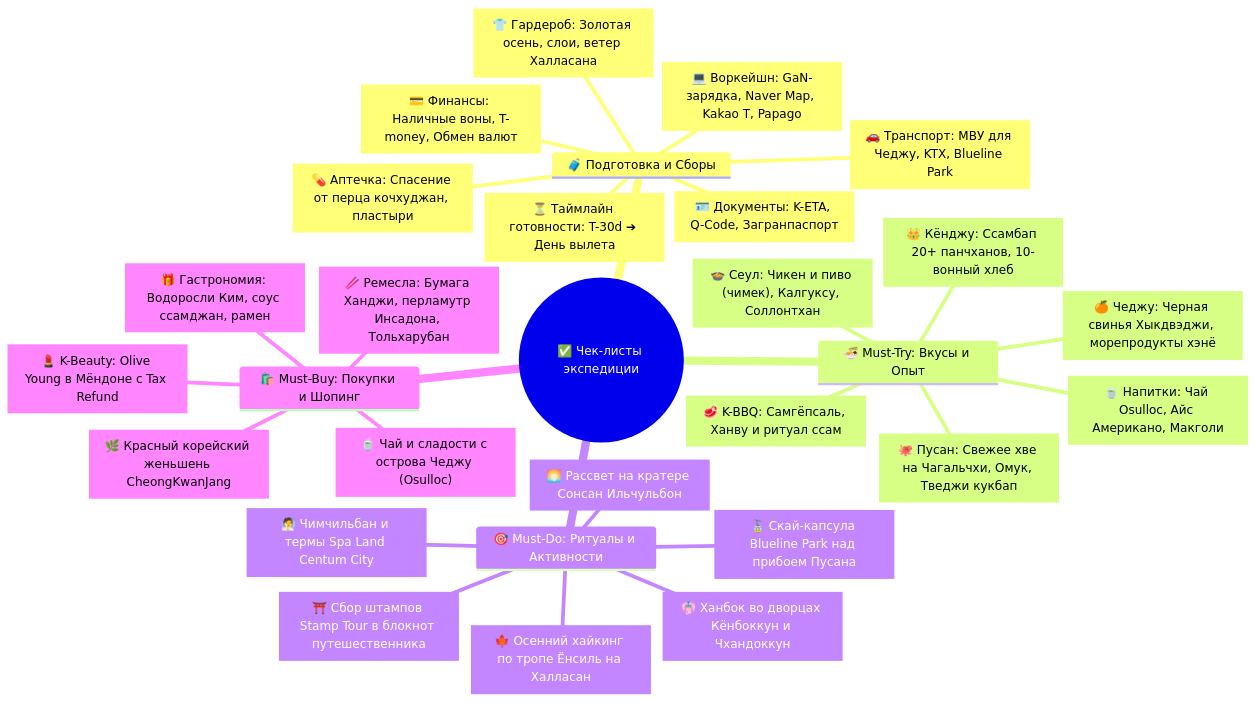
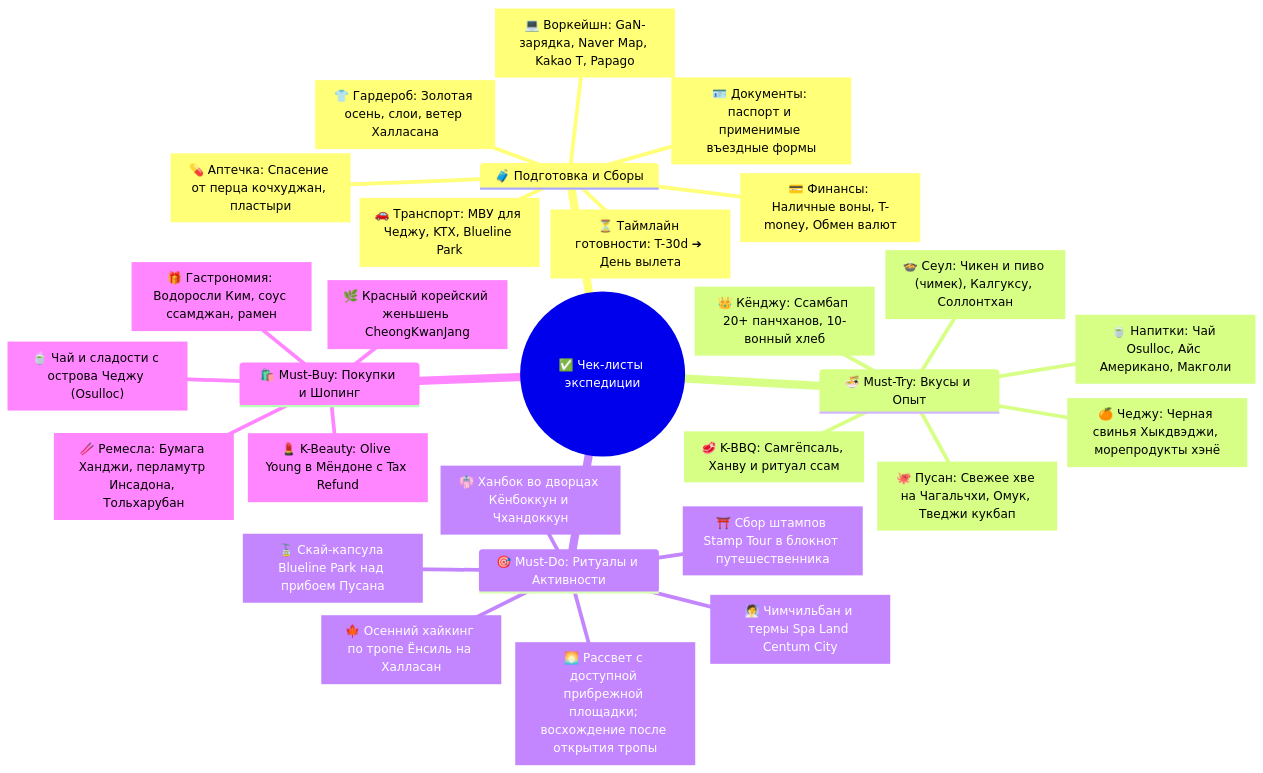
The diagram in Personal Note/Travel/-- South Korea/06 - Чек лист/Чек лист.md (injurka/obsidian-mark), drawn with Mermaid before and after one commit. The commit also changed other lines of this file and 27 other files, not shown here.

````diff
--- a/Personal Note/Travel/-- South Korea/06 - Чек лист/Чек лист.md
+++ b/Personal Note/Travel/-- South Korea/06 - Чек лист/Чек лист.md
@@ -10,32 +10,32 @@
 ```mermaid
 mindmap
   root((✅ Чек-листы экспедиции))
     🧳 Подготовка и Сборы
-      ["🪪 Документы: K-ETA, Q-Code, Загранпаспорт"]
+      ["🪪 Документы: паспорт и применимые въездные формы"]
       ["💳 Финансы: Наличные воны, T-money, Обмен валют"]
       ["🚗 Транспорт: МВУ для Чеджу, KTX, Blueline Park"]
       ["💻 Воркейшн: GaN-зарядка, Naver Map, Kakao T, Papago"]
       ["💊 Аптечка: Спасение от перца кочхуджан, пластыри"]
       ["👕 Гардероб: Золотая осень, слои, ветер Халласана"]
       ["⏳ Таймлайн готовности: T-30d ➔ День вылета"]
     🍜 Must-Try: Вкусы и Опыт
       ["🥩 K-BBQ: Самгёпсаль, Ханву и ритуал ссам"]
       ["🐙 Пусан: Свежее хве на Чагальчхи, Омук, Тведжи кукбап"]
       ["🍲 Сеул: Чикен и пиво (чимек), Калгуксу, Соллонтхан"]
       ["👑 Кёнджу: Ссамбап 20+ панчханов, 10-вонный хлеб"]
       ["🍊 Чеджу: Черная свинья Хыкдвэджи, морепродукты хэнё"]
       ["🍵 Напитки: Чай Osulloc, Айс Американо, Макголи"]
     🎯 Must-Do: Ритуалы и Активности
       ["👘 Ханбок во дворцах Кёнбоккун и Чхандоккун"]
       ["🧖 Чимчильбан и термы Spa Land Centum City"]
       ["🚡 Скай-капсула Blueline Park над прибоем Пусана"]
-      ["🌅 Рассвет на кратере Сонсан Ильчульбон"]
+      ["🌅 Рассвет с доступной прибрежной площадки; восхождение после открытия тропы"]
       ["🍁 Осенний хайкинг по тропе Ёнсиль на Халласан"]
       ["⛩️ Сбор штампов Stamp Tour в блокнот путешественника"]
     🛍️ Must-Buy: Покупки и Шопинг
       ["💄 K-Beauty: Olive Young в Мёндоне с Tax Refund"]
       ["🌿 Красный корейский женьшень CheongKwanJang"]
       ["🍵 Чай и сладости с острова Чеджу (Osulloc)"]
       ["🥢 Ремесла: Бумага Ханджи, перламутр Инсадона, Тольхарубан"]
       ["🎁 Гастрономия: Водоросли Ким, соус ссамджан, рамен"]
 ```
````
